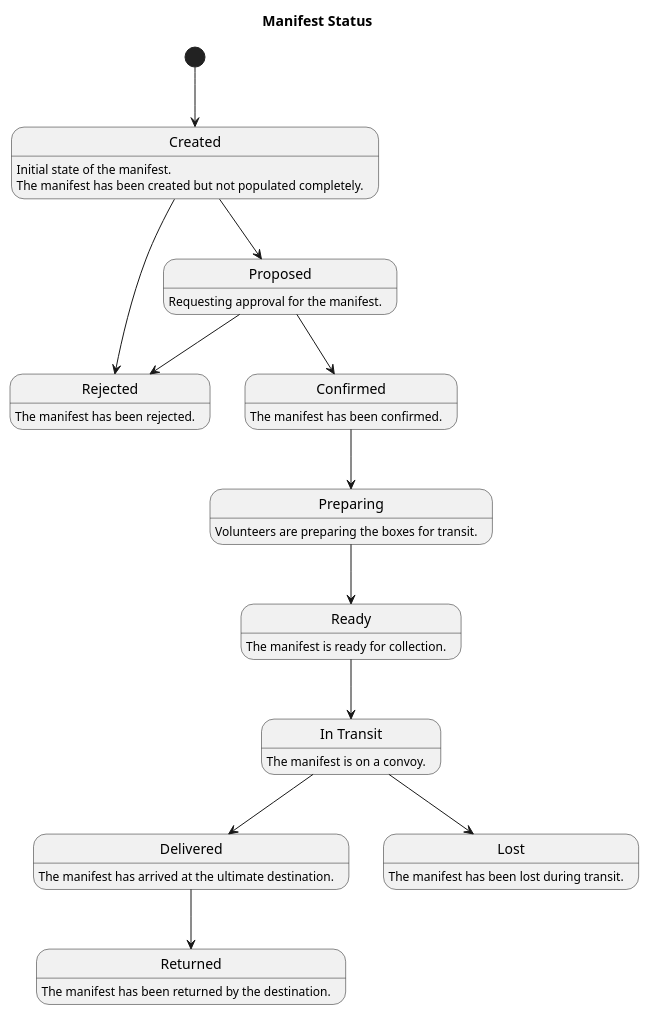
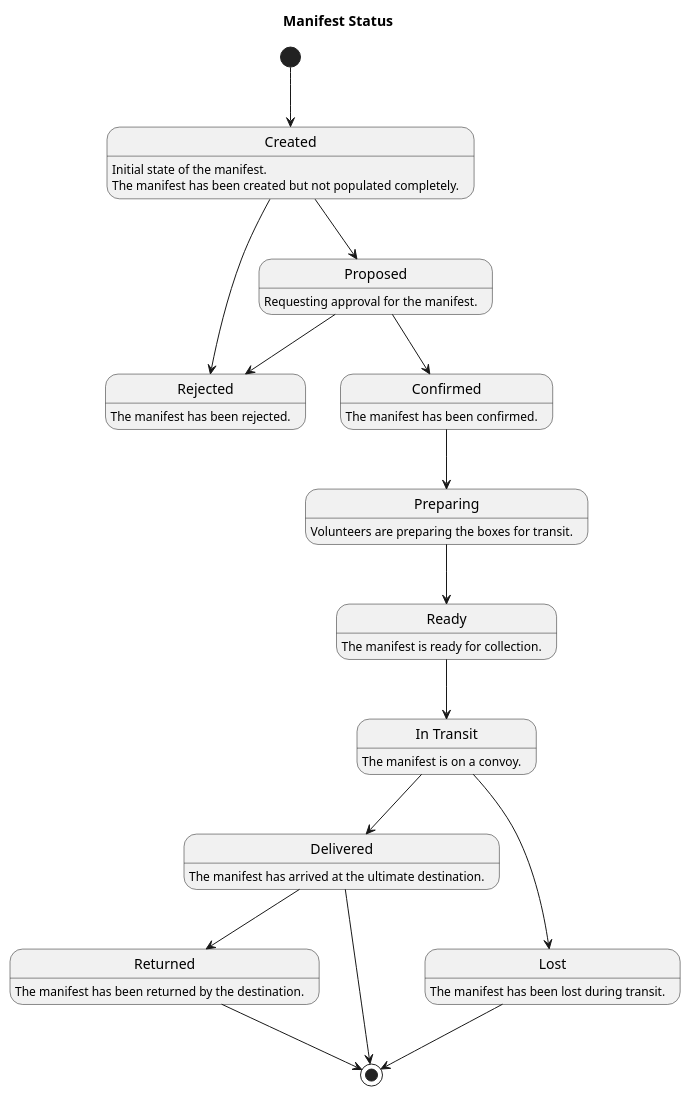
Before and after one commit to TheLastColonial/UA.Action.Freedom: the diagram in docs/manifest-status.puml, drawn with PlantUML.

Commit message:
Updated Manifest Docs

```diff
--- a/docs/manifest-status.puml
+++ b/docs/manifest-status.puml
@@ -1,28 +1,31 @@
 @startuml Manifest Status
 
 title Manifest Status
 
 state "Created" as Created : Initial state of the manifest. \nThe manifest has been created but not populated completely.
 state "Proposed" as Proposed : Requesting approval for the manifest.
 state "Rejected" as Rejected : The manifest has been rejected.
 state "Confirmed" as Confirmed : The manifest has been confirmed.
 state "Preparing" as Preparing : Volunteers are preparing the boxes for transit.
 state "Ready" as Ready : The manifest is ready for collection.
 state "In Transit" as InTransit : The manifest is on a convoy.
 state "Delivered" as Delivered : The manifest has arrived at the ultimate destination.
 state "Lost" as Lost : The manifest has been lost during transit.
 state "Returned" as Returned : The manifest has been returned by the destination.
 
 [*] --> Created
 Created --> Proposed
 Created --> Rejected
 Proposed --> Rejected
 Proposed --> Confirmed
 Confirmed --> Preparing
 Preparing --> Ready
 Ready --> InTransit
 InTransit --> Delivered
 InTransit --> Lost
 Delivered --> Returned
+Lost -->[*]
+Returned -->[*]
+Delivered -->[*]
 
 @enduml
```
